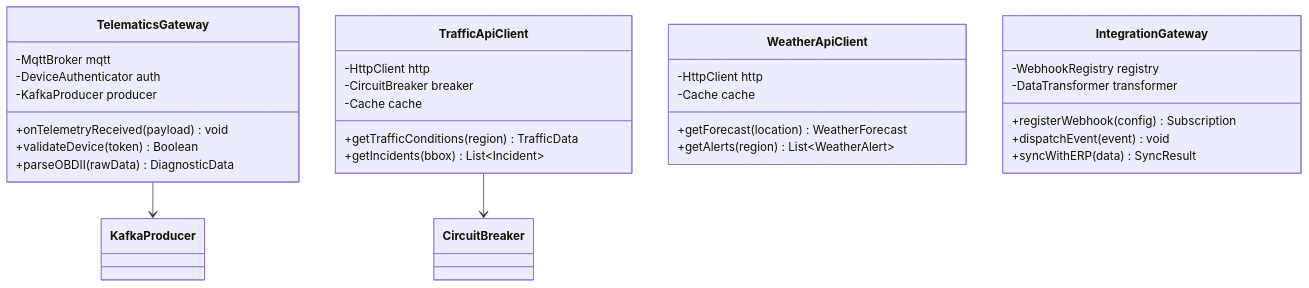
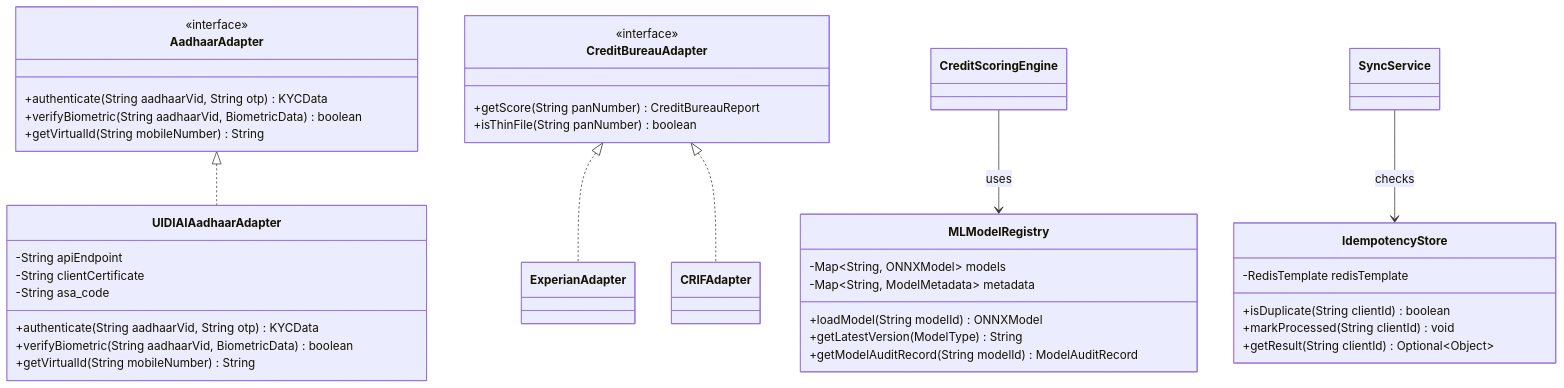
One commit to adityasinghz/kata changed the fifth of 5 diagrams in CLASS_DIAGRAM.md. Above: the diagram before and after it, drawn with Mermaid. The commit also changed other lines of this file and 24 other files, not shown here.

````diff
--- a/CLASS_DIAGRAM.md
+++ b/CLASS_DIAGRAM.md
@@ -357,37 +339,45 @@
 ```mermaid
 classDiagram
-    class TelematicsGateway {
-        -MqttBroker mqtt
-        -DeviceAuthenticator auth
-        -KafkaProducer producer
-        +onTelemetryReceived(payload) void
-        +validateDevice(token) Boolean
-        +parseOBDII(rawData) DiagnosticData
+    class AadhaarAdapter {
+        <<interface>>
+        +authenticate(String aadhaarVid, String otp) KYCData
+        +verifyBiometric(String aadhaarVid, BiometricData) boolean
+        +getVirtualId(String mobileNumber) String
     }
 
-    class TrafficApiClient {
-        -HttpClient http
-        -CircuitBreaker breaker
-        -Cache cache
-        +getTrafficConditions(region) TrafficData
-        +getIncidents(bbox) List~Incident~
+    class UIDIAIAadhaarAdapter {
+        -String apiEndpoint
+        -String clientCertificate
+        -String asa_code
+        +authenticate(String aadhaarVid, String otp) KYCData
+        +verifyBiometric(String aadhaarVid, BiometricData) boolean
+        +getVirtualId(String mobileNumber) String
     }
 
-    class WeatherApiClient {
-        -HttpClient http
-        -Cache cache
-        +getForecast(location) WeatherForecast
-        +getAlerts(region) List~WeatherAlert~
+    class CreditBureauAdapter {
+        <<interface>>
+        +getScore(String panNumber) CreditBureauReport
+        +isThinFile(String panNumber) boolean
     }
 
-    class IntegrationGateway {
-        -WebhookRegistry registry
-        -DataTransformer transformer
-        +registerWebhook(config) Subscription
-        +dispatchEvent(event) void
-        +syncWithERP(data) SyncResult
+    class MLModelRegistry {
+        -Map~String, ONNXModel~ models
+        -Map~String, ModelMetadata~ metadata
+        +loadModel(String modelId) ONNXModel
+        +getLatestVersion(ModelType) String
+        +getModelAuditRecord(String modelId) ModelAuditRecord
     }
 
-    TelematicsGateway --> KafkaProducer
-    TrafficApiClient --> CircuitBreaker
+    class IdempotencyStore {
+        -RedisTemplate redisTemplate
+        +isDuplicate(String clientId) boolean
+        +markProcessed(String clientId) void
+        +getResult(String clientId) Optional~Object~
+    }
+
+    AadhaarAdapter <|.. UIDIAIAadhaarAdapter
+    CreditBureauAdapter <|.. ExperianAdapter
+    CreditBureauAdapter <|.. CRIFAdapter
+    CreditScoringEngine --> MLModelRegistry : uses
+    SyncService --> IdempotencyStore : checks
 ```
````
